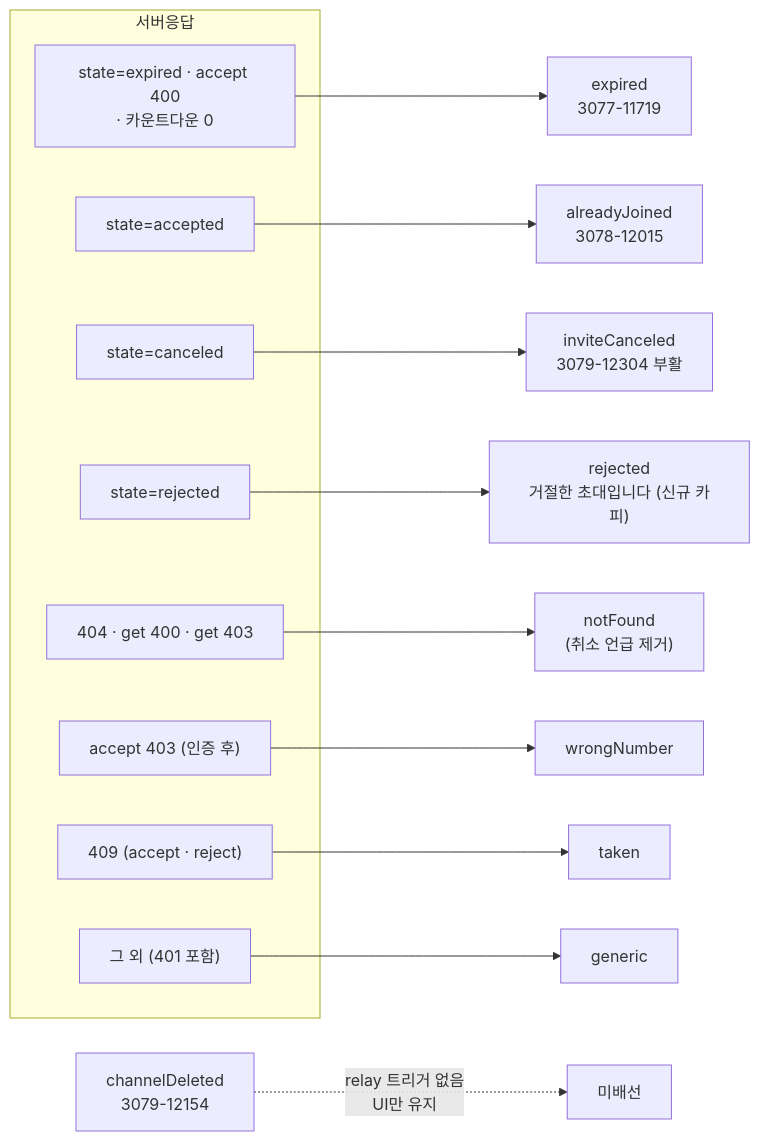
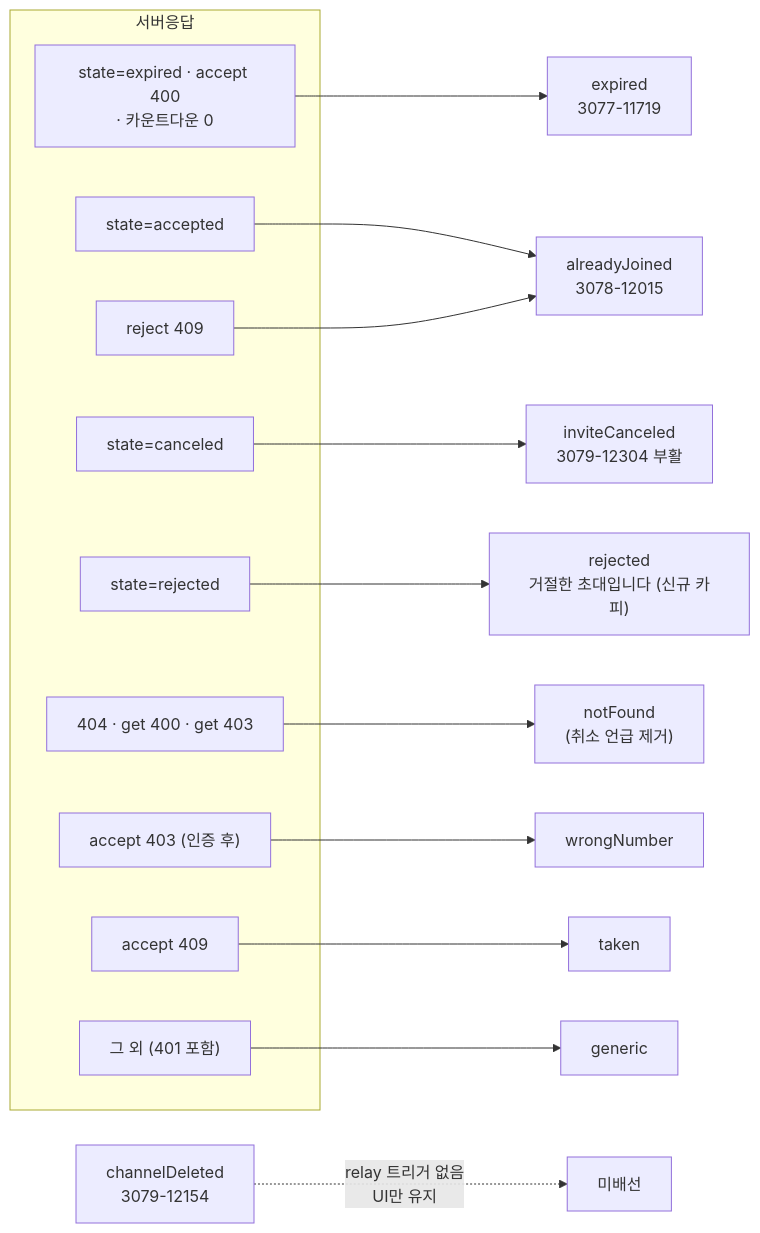
One commit to lemoncloud-io/dou-app changed the third of 5 diagrams in apps/web/docs/feature/invite/relay-invite-accept.md. Above: the diagram before and after it, drawn with Mermaid. The commit also changed other lines of this file and 2 other files, not shown here.

````diff
--- a/apps/web/docs/feature/invite/relay-invite-accept.md
+++ b/apps/web/docs/feature/invite/relay-invite-accept.md
@@ -283,22 +311,24 @@
 ```mermaid
 flowchart LR
     subgraph 서버응답
         A1["state=expired · accept 400<br/>· 카운트다운 0"]
         A2["state=accepted"]
         A3["state=canceled"]
         A4["state=rejected"]
         A5["404 · get 400 · get 403"]
         A6["accept 403 (인증 후)"]
-        A7["409 (accept · reject)"]
+        A7["accept 409"]
+        A9["reject 409"]
         A8["그 외 (401 포함)"]
     end
     A1 --> D1[expired<br/>3077-11719]
     A2 --> D2[alreadyJoined<br/>3078-12015]
     A3 --> D3[inviteCanceled<br/>3079-12304 부활]
     A4 --> D4["rejected<br/>거절한 초대입니다 (신규 카피)"]
     A5 --> D5["notFound<br/>(취소 언급 제거)"]
     A6 --> D6[wrongNumber]
     A7 --> D7[taken]
+    A9 --> D2
     A8 --> D8[generic]
     D9["channelDeleted<br/>3079-12154"] -.->|relay 트리거 없음<br/>UI만 유지| X[미배선]
 ```
````
